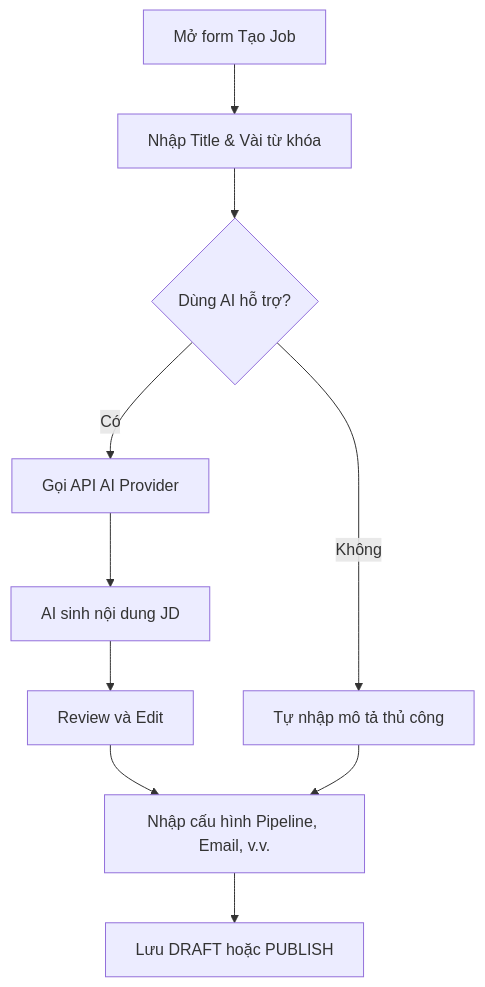
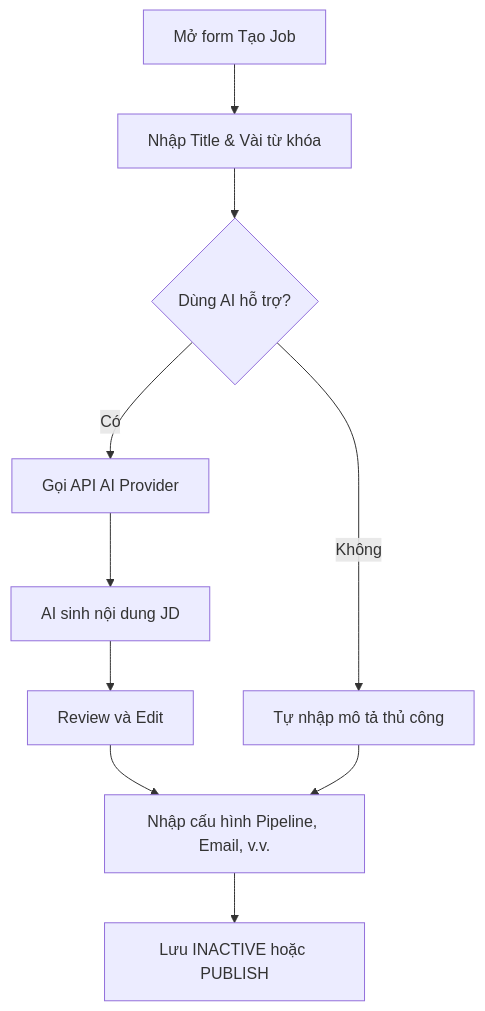
Before and after one commit to VanHaPtit/EasyTech_FE: the diagram in nghiep_vu/epic-03_HR_Dashboard_Job_Management/user-story-12_Tao_Job_AI_JD/user-story.md, drawn with Mermaid. The commit also changed other lines of this file and 24 other files, not shown here.

````diff
--- a/nghiep_vu/epic-03_HR_Dashboard_Job_Management/user-story-12_Tao_Job_AI_JD/user-story.md
+++ b/nghiep_vu/epic-03_HR_Dashboard_Job_Management/user-story-12_Tao_Job_AI_JD/user-story.md
@@ -11,12 +11,12 @@
 ```mermaid
 graph TD
     A[Mở form Tạo Job] --> B[Nhập Title & Vài từ khóa]
     B --> C{Dùng AI hỗ trợ?}
     C -- Không --> D[Tự nhập mô tả thủ công]
     C -- Có --> E[Gọi API AI Provider]
     E --> F[AI sinh nội dung JD]
     F --> G[Review và Edit]
     G --> H[Nhập cấu hình Pipeline, Email, v.v.]
     D --> H
-    H --> I[Lưu DRAFT hoặc PUBLISH]
+    H --> I[Lưu INACTIVE hoặc PUBLISH]
 ```
````
